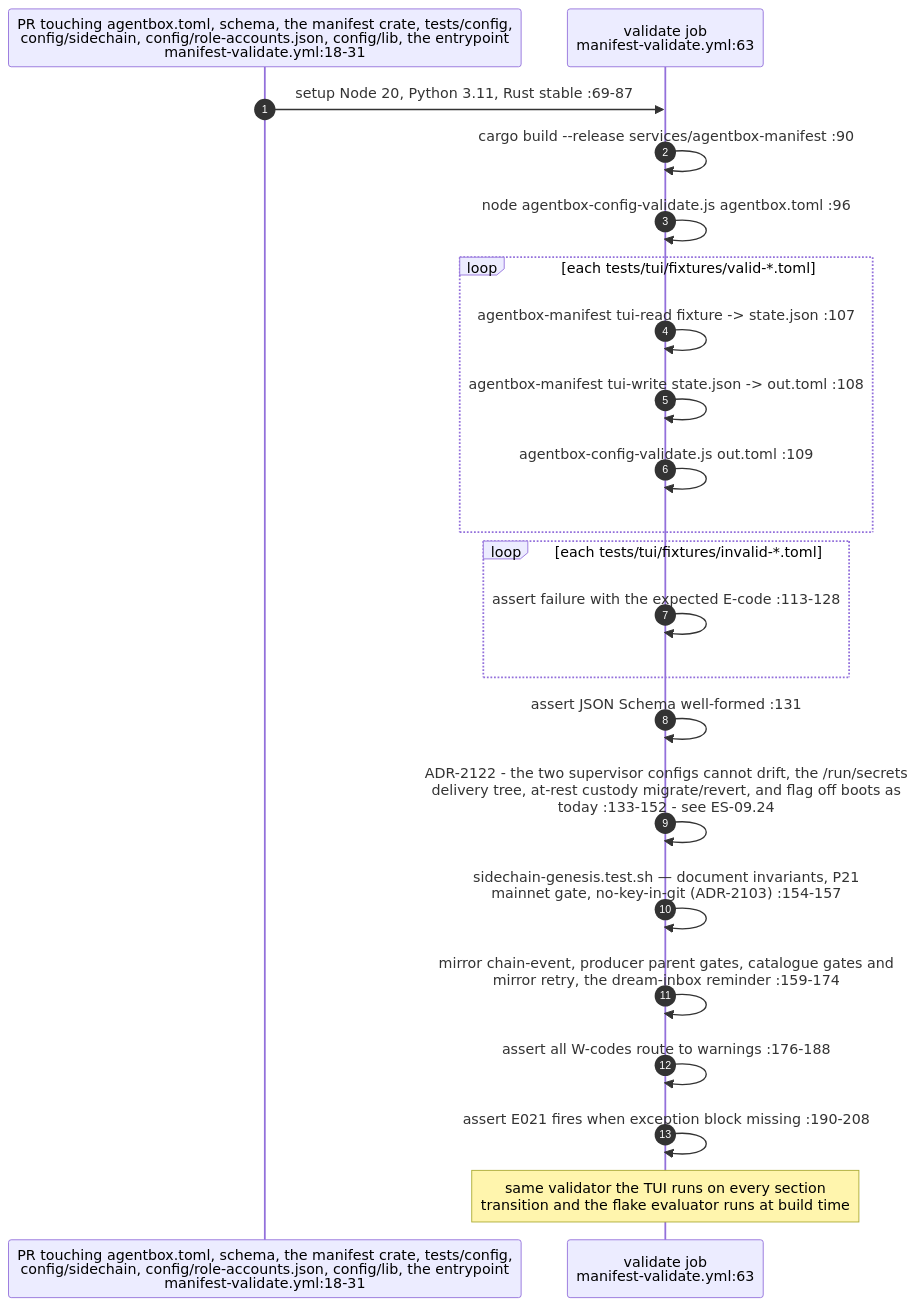
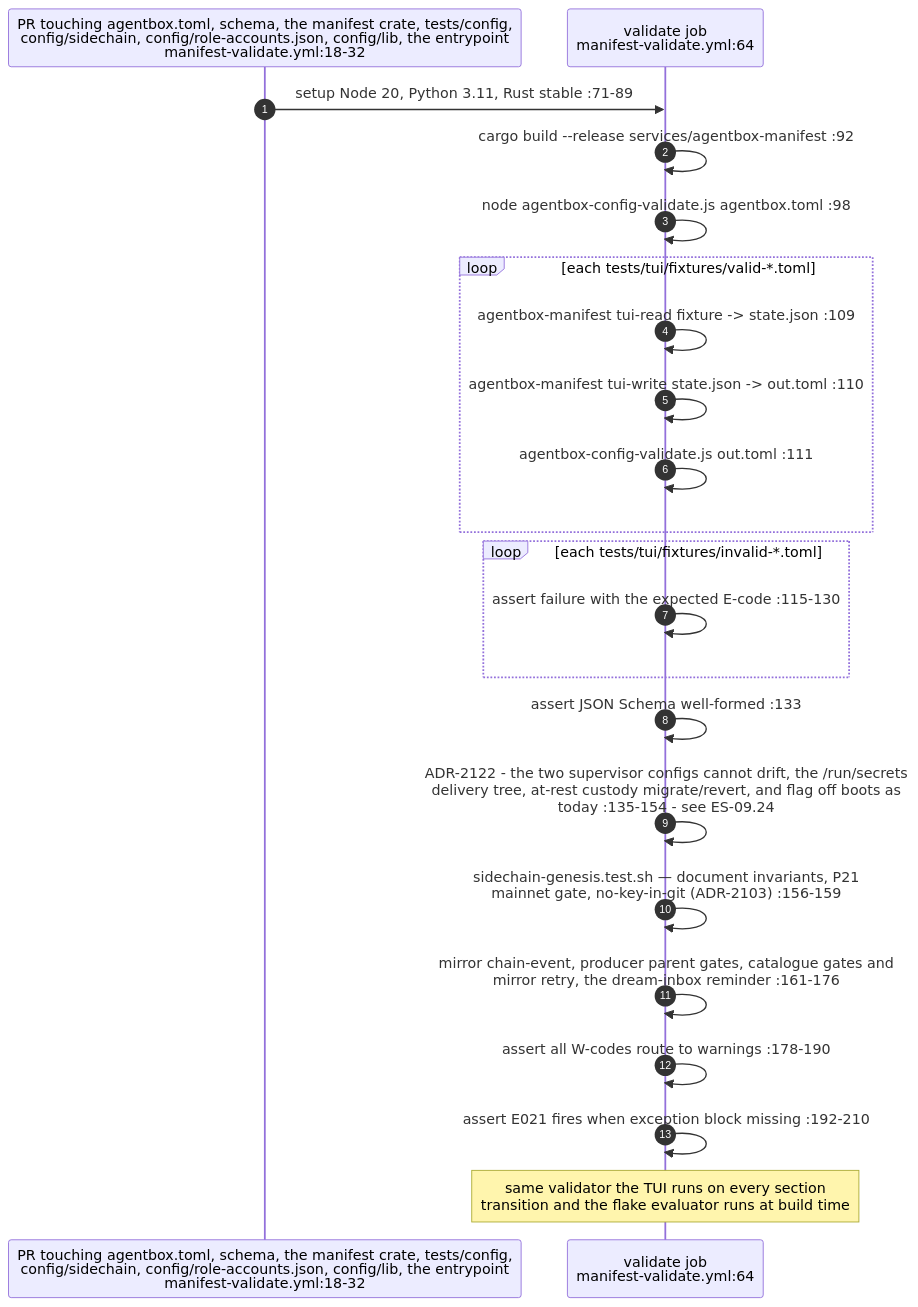
One commit to DreamLab-AI/VisionFlow changed diagram 17 of 24 in docs/diagrams/estate/09-build-deploy-and-ci-estate.md. Above: the diagram before and after it, drawn with Mermaid. The commit also changed other lines of this file and 49 other files, not shown here.

First line of the commit message:
docs(diagrams): re-derive and re-stamp VisionClaw, estate, knowledge-graph, visionGraph, VisionFlow and sidestr topics

````diff
--- a/docs/diagrams/estate/09-build-deploy-and-ci-estate.md
+++ b/docs/diagrams/estate/09-build-deploy-and-ci-estate.md
@@ -661,25 +661,25 @@
 ```mermaid
 sequenceDiagram
     autonumber
-    participant GH as PR touching agentbox.toml, schema, the manifest crate, tests/config,<br/>config/sidechain, config/role-accounts.json, config/lib, the entrypoint<br/>manifest-validate.yml:18-31
-    participant V as validate job<br/>manifest-validate.yml:63
+    participant GH as PR touching agentbox.toml, schema, the manifest crate, tests/config,<br/>config/sidechain, config/role-accounts.json, config/lib, the entrypoint<br/>manifest-validate.yml:18-32
+    participant V as validate job<br/>manifest-validate.yml:64
 
-    GH->>V: setup Node 20, Python 3.11, Rust stable :69-87
-    V->>V: cargo build --release services/agentbox-manifest :90
-    V->>V: node agentbox-config-validate.js agentbox.toml :96
+    GH->>V: setup Node 20, Python 3.11, Rust stable :71-89
+    V->>V: cargo build --release services/agentbox-manifest :92
+    V->>V: node agentbox-config-validate.js agentbox.toml :98
     loop each tests/tui/fixtures/valid-*.toml
-        V->>V: agentbox-manifest tui-read fixture -> state.json :107
-        V->>V: agentbox-manifest tui-write state.json -> out.toml :108
-        V->>V: agentbox-config-validate.js out.toml :109
+        V->>V: agentbox-manifest tui-read fixture -> state.json :109
+        V->>V: agentbox-manifest tui-write state.json -> out.toml :110
+        V->>V: agentbox-config-validate.js out.toml :111
     end
     loop each tests/tui/fixtures/invalid-*.toml
-        V->>V: assert failure with the expected E-code :113-128
+        V->>V: assert failure with the expected E-code :115-130
     end
-    V->>V: assert JSON Schema well-formed :131
-    V->>V: ADR-2122 - the two supervisor configs cannot drift, the /run/secrets<br/>delivery tree, at-rest custody migrate/revert, and flag off boots as<br/>today :133-152 - see ES-09.24
-    V->>V: sidechain-genesis.test.sh — document invariants, P21<br/>mainnet gate, no-key-in-git (ADR-2103) :154-157
-    V->>V: mirror chain-event, producer parent gates, catalogue gates and<br/>mirror retry, the dream-inbox reminder :159-174
-    V->>V: assert all W-codes route to warnings :176-188
-    V->>V: assert E021 fires when exception block missing :190-208
+    V->>V: assert JSON Schema well-formed :133
+    V->>V: ADR-2122 - the two supervisor configs cannot drift, the /run/secrets<br/>delivery tree, at-rest custody migrate/revert, and flag off boots as<br/>today :135-154 - see ES-09.24
+    V->>V: sidechain-genesis.test.sh — document invariants, P21<br/>mainnet gate, no-key-in-git (ADR-2103) :156-159
+    V->>V: mirror chain-event, producer parent gates, catalogue gates and<br/>mirror retry, the dream-inbox reminder :161-176
+    V->>V: assert all W-codes route to warnings :178-190
+    V->>V: assert E021 fires when exception block missing :192-210
     Note over V: same validator the TUI runs on every section<br/>transition and the flake evaluator runs at build time
 ```
````
